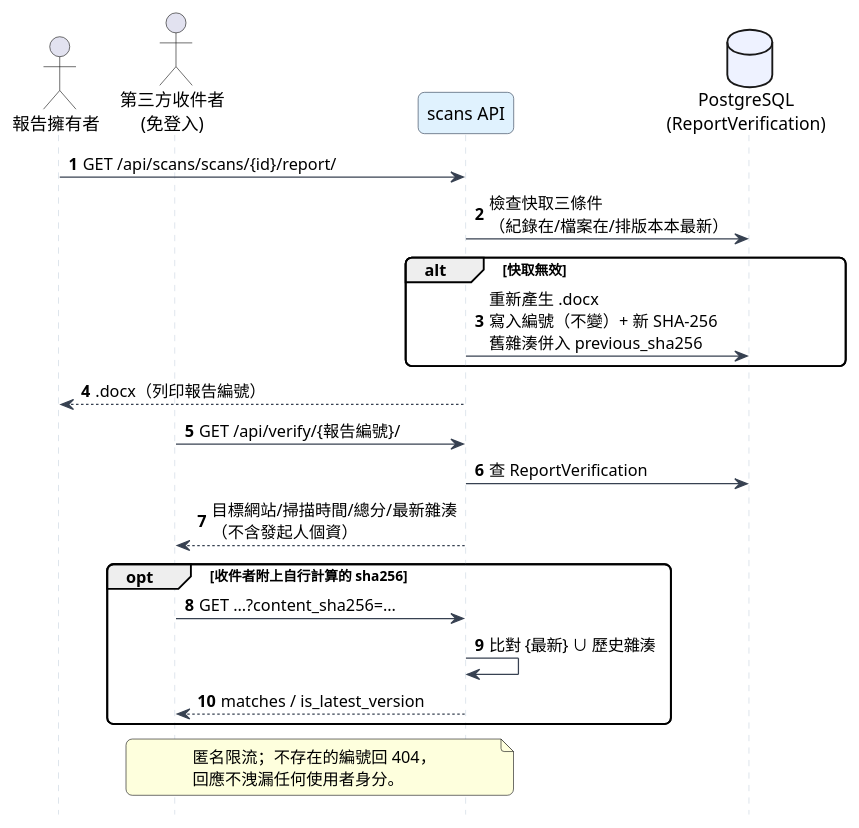
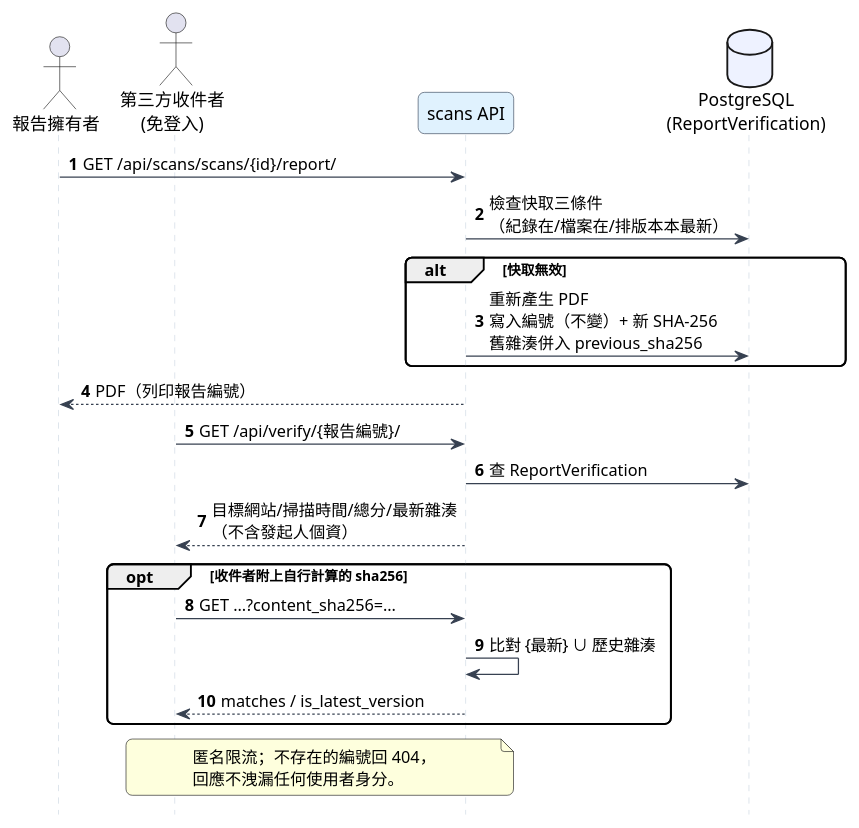
Before and after one commit to Djude1/Argus_WebsiteDiagnosticPlatform: diagram 21 of 25 in 專題文件生成/設計文件_圖表與成本模組.md, drawn with PlantUML. The commit also changed other lines of this file and 67 other files, not shown here.

````diff
--- a/專題文件生成/設計文件_圖表與成本模組.md
+++ b/專題文件生成/設計文件_圖表與成本模組.md
@@ -1155,41 +1155,41 @@
 ```plantuml
 @startuml
 skinparam defaultFontName Microsoft JhengHei
 skinparam shadowing false
 skinparam roundcorner 10
 skinparam sequence {
   ArrowColor #374151
   LifeLineBorderColor #CBD5E1
   LifeLineBackgroundColor #F8FAFC
   ParticipantBorderColor #334155
   ParticipantBackgroundColor #E0F2FE
 }
 hide footbox
 autonumber
 
 actor "報告擁有者" as Owner
 actor "第三方收件者\n(免登入)" as Reader
 participant "scans API" as API #E0F2FE
 database "PostgreSQL\n(ReportVerification)" as DB #EEF2FF
 
 Owner -> API : GET /api/scans/scans/{id}/report/
 API -> DB : 檢查快取三條件\n（紀錄在/檔案在/排版本本最新）
 alt 快取無效
-  API -> DB : 重新產生 .docx\n寫入編號（不變）+ 新 SHA-256\n舊雜湊併入 previous_sha256
+  API -> DB : 重新產生 PDF\n寫入編號（不變）+ 新 SHA-256\n舊雜湊併入 previous_sha256
 end
-API --> Owner : .docx（列印報告編號）
+API --> Owner : PDF（列印報告編號）
 
 Reader -> API : GET /api/verify/{報告編號}/
 API -> DB : 查 ReportVerification
 API --> Reader : 目標網站/掃描時間/總分/最新雜湊\n（不含發起人個資）
 opt 收件者附上自行計算的 sha256
   Reader -> API : GET …?content_sha256=…
   API -> API : 比對 {最新} ∪ 歷史雜湊
   API --> Reader : matches / is_latest_version
 end
 note over Reader, API
   匿名限流；不存在的編號回 404，
   回應不洩漏任何使用者身分。
 end note
 @enduml
 ```
````
